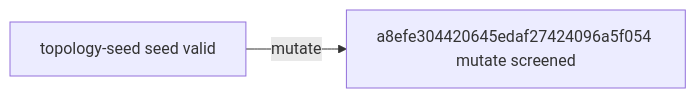
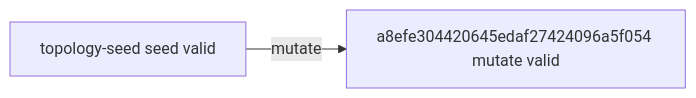
Before and after one commit to timbtz/feyer-search-lab: the diagram in experiments/campaigns/astra-group-numerical-v3/README.md, drawn with Mermaid. The commit also changed other lines of this file and 7 other files, not shown here.

Commit message:
Record DAG campaign a8efe304420645edaf27424096a5f054-full

````diff
--- a/experiments/campaigns/astra-group-numerical-v3/README.md
+++ b/experiments/campaigns/astra-group-numerical-v3/README.md
@@ -21,6 +21,6 @@
 ```mermaid
 graph LR
   n0["topology-seed seed valid"]
-  n1["a8efe304420645edaf27424096a5f054 mutate screened"]
+  n1["a8efe304420645edaf27424096a5f054 mutate valid"]
   n0 -->|mutate| n1
 ```
````
